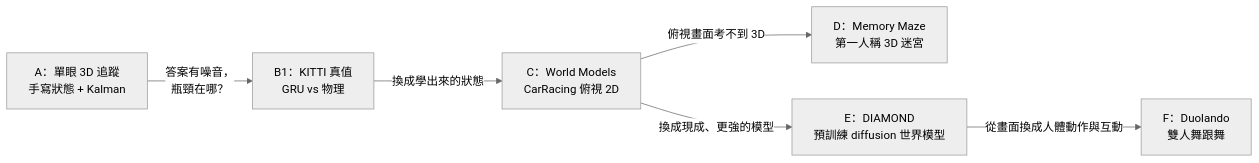
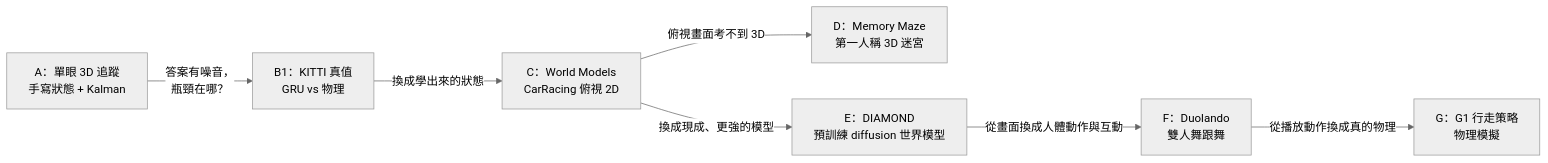
The diagram in doc/overview.md (ccc-model/world-model), drawn with Mermaid (neutral theme) before and after one commit. The commit also changed other lines of this file and 7 other files, not shown here.

````diff
--- a/doc/overview.md
+++ b/doc/overview.md
@@ -61,8 +61,9 @@
 ```mermaid
 flowchart LR
   A["A：單眼 3D 追蹤<br/>手寫狀態 + Kalman"] -->|"答案有噪音，<br/>瓶頸在哪？"| B["B1：KITTI 真值<br/>GRU vs 物理"]
   B -->|"換成學出來的狀態"| C["C：World Models<br/>CarRacing 俯視 2D"]
   C -->|"俯視畫面考不到 3D"| D["D：Memory Maze<br/>第一人稱 3D 迷宮"]
   C -->|"換成現成、更強的模型"| E["E：DIAMOND<br/>預訓練 diffusion 世界模型"]
   E -->|"從畫面換成人體動作與互動"| F["F：Duolando<br/>雙人舞跟舞"]
+  F -->|"從播放動作換成真的物理"| G["G：G1 行走策略<br/>物理模擬"]
 ```
````
